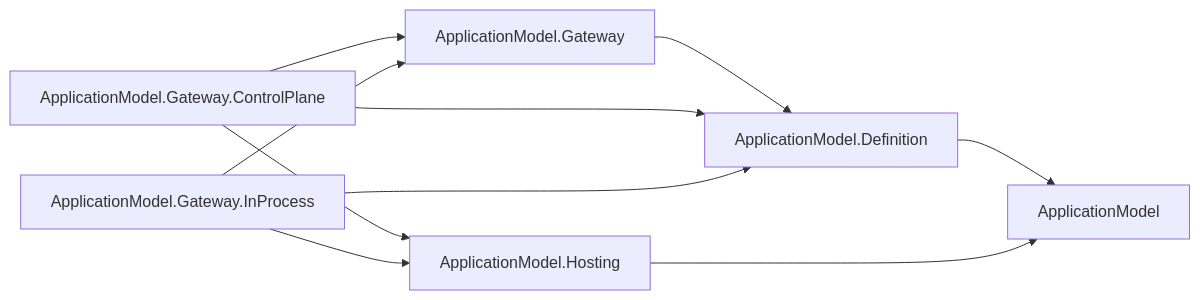
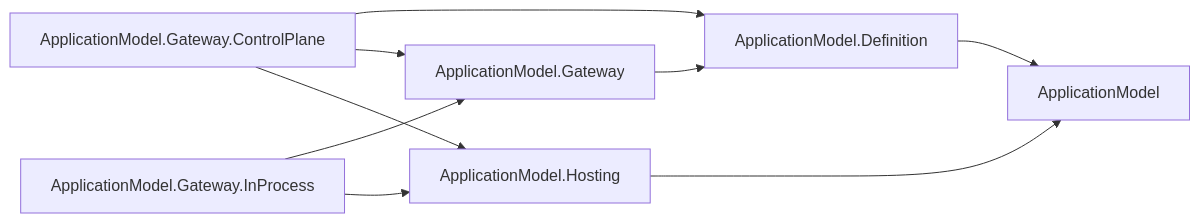
One commit to assimalign/cohesion changed the second of 27 diagrams in docs/DEPENDENCIES.md. Above: the diagram before and after it, drawn with Mermaid. The commit also changed other lines of this file and 82 other files, not shown here.

````diff
--- a/docs/DEPENDENCIES.md
+++ b/docs/DEPENDENCIES.md
@@ -161,18 +161,17 @@
 ```mermaid
 flowchart LR
     N0["ApplicationModel"]
     N1["ApplicationModel.Definition"]
     N2["ApplicationModel.Gateway"]
     N3["ApplicationModel.Gateway.ControlPlane"]
     N4["ApplicationModel.Gateway.InProcess"]
     N5["ApplicationModel.Hosting"]
     N1 --> N0
     N2 --> N1
     N3 --> N1
     N3 --> N2
     N3 --> N5
-    N4 --> N1
     N4 --> N2
     N4 --> N5
     N5 --> N0
 ```
````
